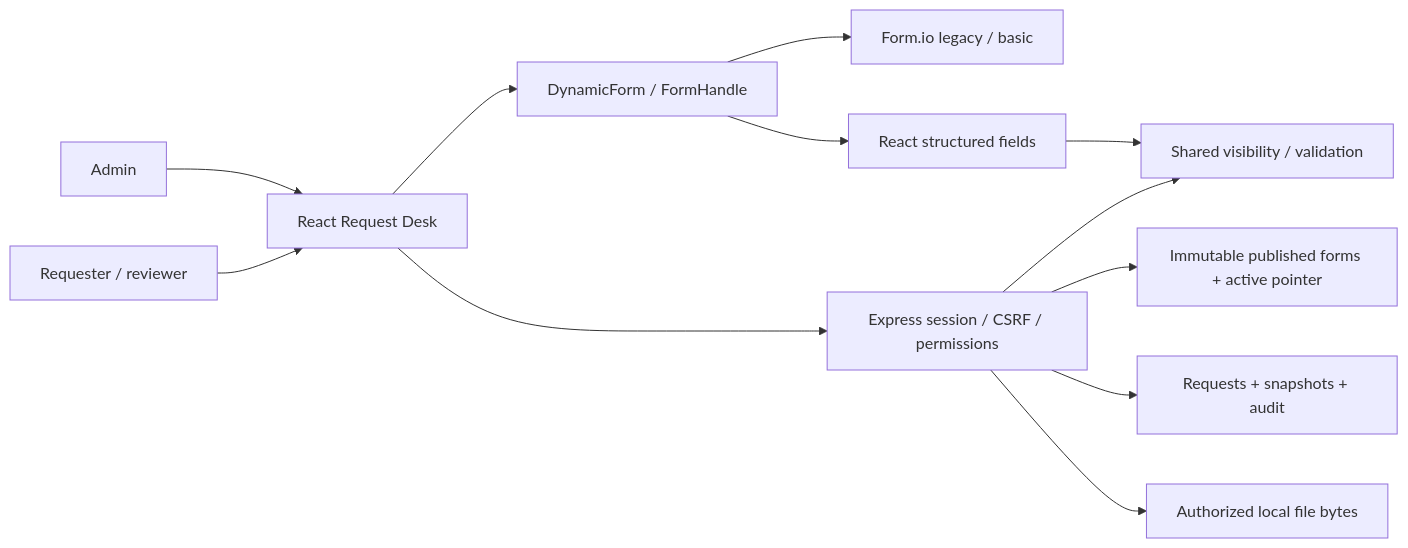
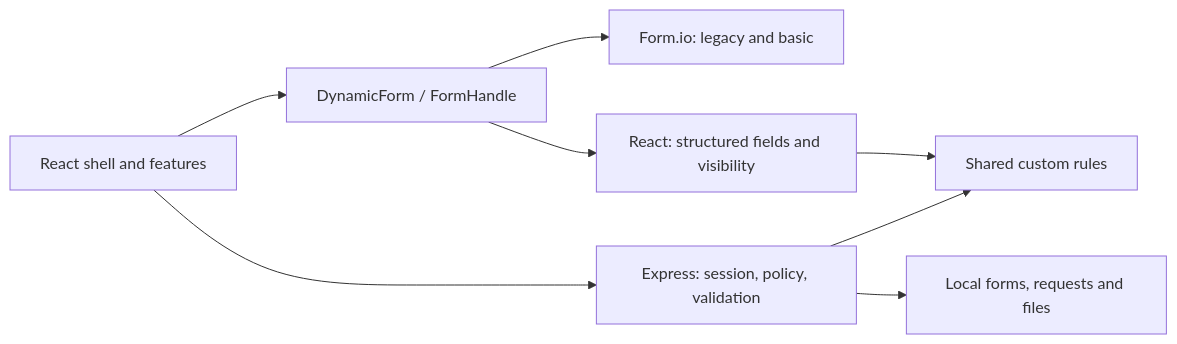
Before and after one commit to meou2731999/bosch-assignment: the diagram in docs/architecture.md, drawn with Mermaid. The commit also changed other lines of this file and 23 other files, not shown here.

First line of the commit message:
Update presentation and proposal documents for Request Desk solution

````diff
--- a/docs/architecture.md
+++ b/docs/architecture.md
@@ -5,14 +7,10 @@
 ```mermaid
 flowchart LR
-  A[Admin] --> UI[React Request Desk]
-  U[Requester / reviewer] --> UI
-  UI --> D[DynamicForm / FormHandle]
-  D --> F[Form.io legacy / basic]
-  D --> R[React structured fields]
-  R --> V[Shared visibility / validation]
-  UI --> API[Express session / CSRF / permissions]
+  UI[React shell and features] --> D[DynamicForm / FormHandle]
+  D --> F[Form.io: legacy and basic]
+  D --> R[React: structured fields and visibility]
+  R --> V[Shared custom rules]
+  UI --> API[Express: session, policy, validation]
   API --> V
-  API --> FS[Immutable published forms + active pointer]
-  API --> RS[Requests + snapshots + audit]
-  API --> B[Authorized local file bytes]
+  API --> S[Local forms, requests and files]
 ```
````
